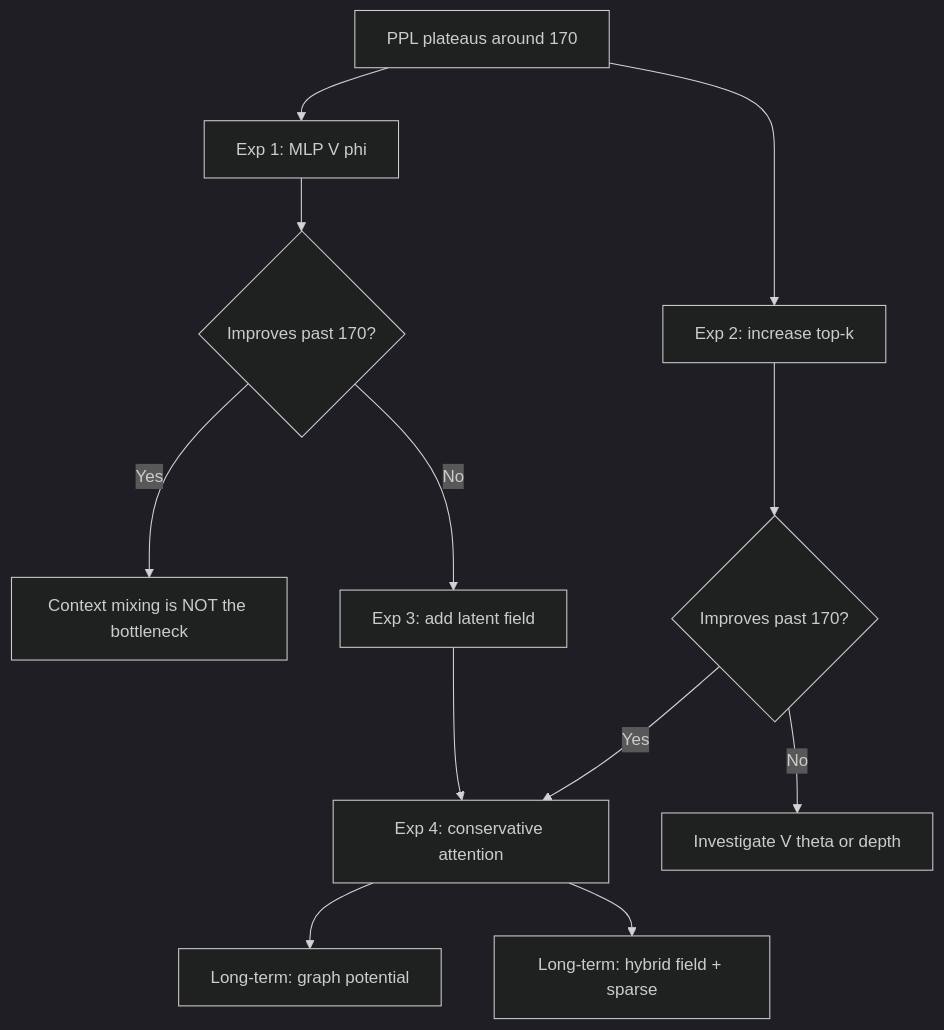
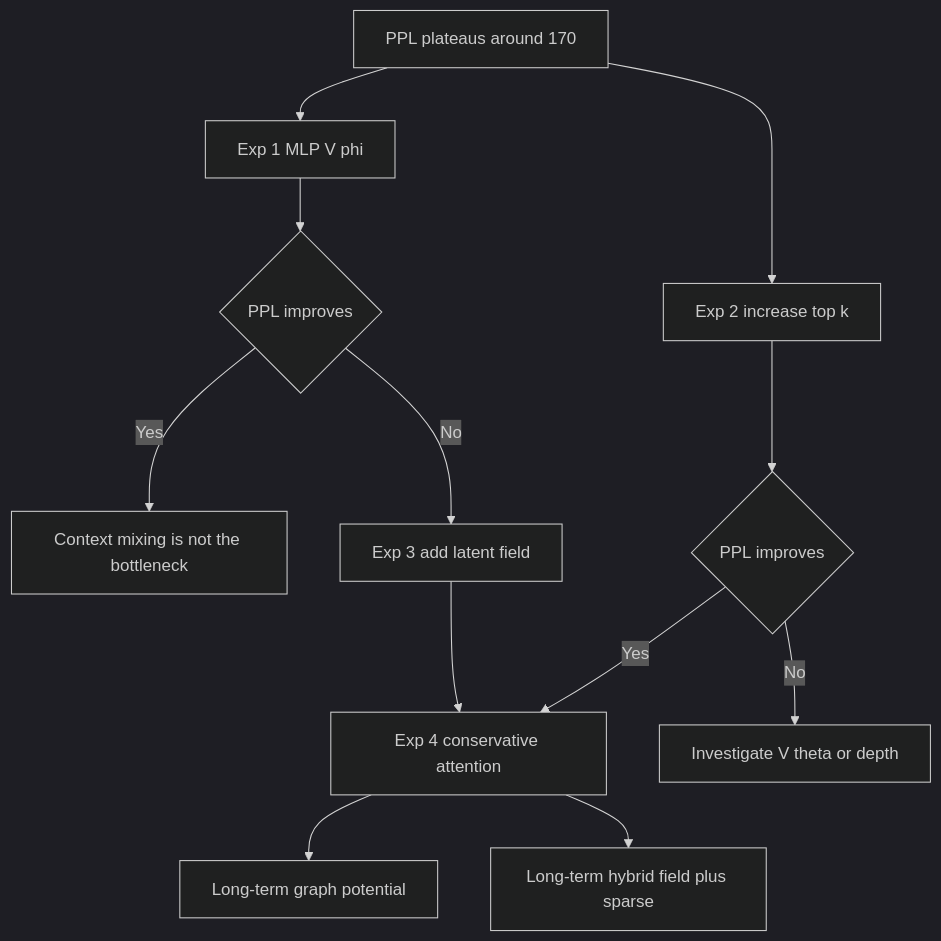
Before and after one commit to dimitarpg13/semsimula-paper: the fifth of 5 diagrams in companion_notes/Context_Mixing_Mechanisms_in_the_Conservative_Framework.md, drawn with Mermaid (dark theme). The commit also changed other lines of this file, not shown here.

````diff
--- a/companion_notes/Context_Mixing_Mechanisms_in_the_Conservative_Framework.md
+++ b/companion_notes/Context_Mixing_Mechanisms_in_the_Conservative_Framework.md
@@ -922,26 +922,26 @@
 ```mermaid
 flowchart TB
     START["PPL plateaus around 170"]
-    MLP["Exp 1: MLP V phi"]
-    TOPK["Exp 2: increase top-k"]
-    PPL1{"Improves past 170?"}
-    PPL2{"Improves past 170?"}
-    FIELD["Exp 3: add latent field"]
-    ATTN["Exp 4: conservative attention"]
-    GRAPH["Long-term: graph potential"]
-    HYBRID["Long-term: hybrid field + sparse"]
-    DONE["Context mixing is NOT the bottleneck"]
+    MLP["Exp 1 MLP V phi"]
+    TOPK["Exp 2 increase top k"]
+    PPL1{"PPL improves"}
+    PPL2{"PPL improves"}
+    FIELD["Exp 3 add latent field"]
+    ATTN["Exp 4 conservative attention"]
+    GRAPH["Long-term graph potential"]
+    HYBRID["Long-term hybrid field plus sparse"]
+    DONE["Context mixing is not the bottleneck"]
     NEXT["Investigate V theta or depth"]
 
     START --> MLP
     START --> TOPK
     MLP --> PPL1
     TOPK --> PPL2
     PPL1 -->|Yes| DONE
     PPL1 -->|No| FIELD
     PPL2 -->|Yes| ATTN
     PPL2 -->|No| NEXT
     FIELD --> ATTN
     ATTN --> GRAPH
     ATTN --> HYBRID
 ```
````
